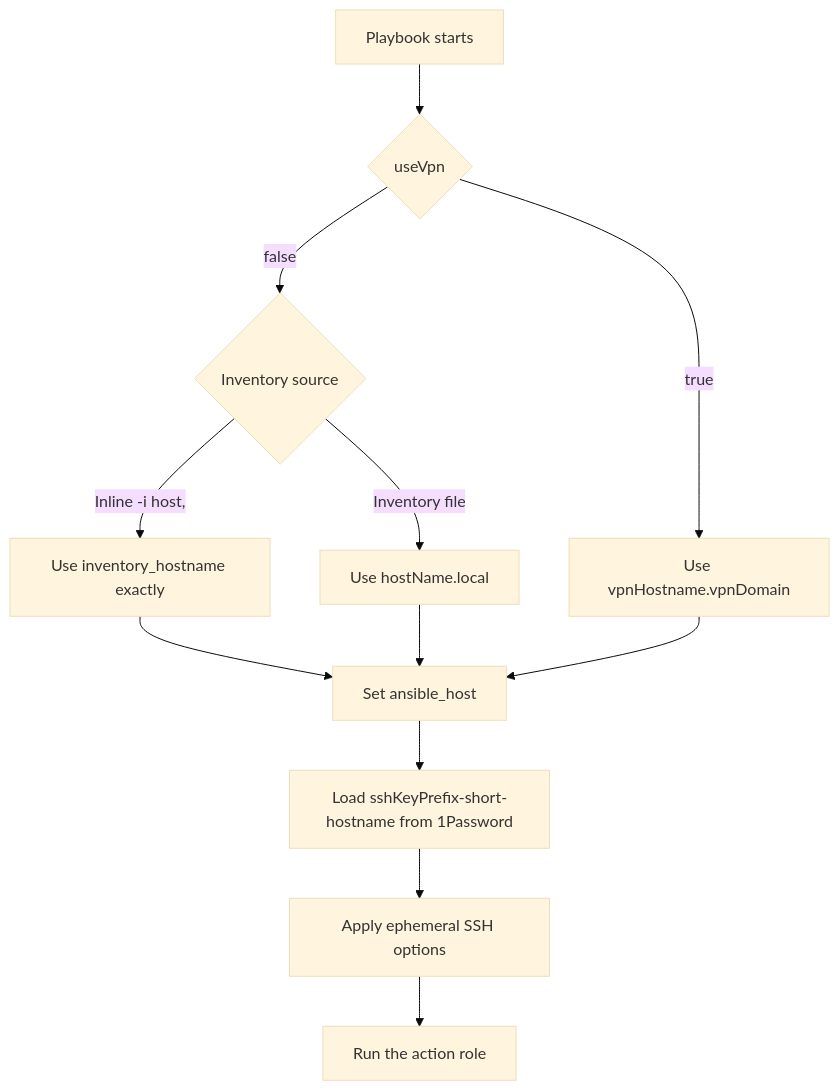
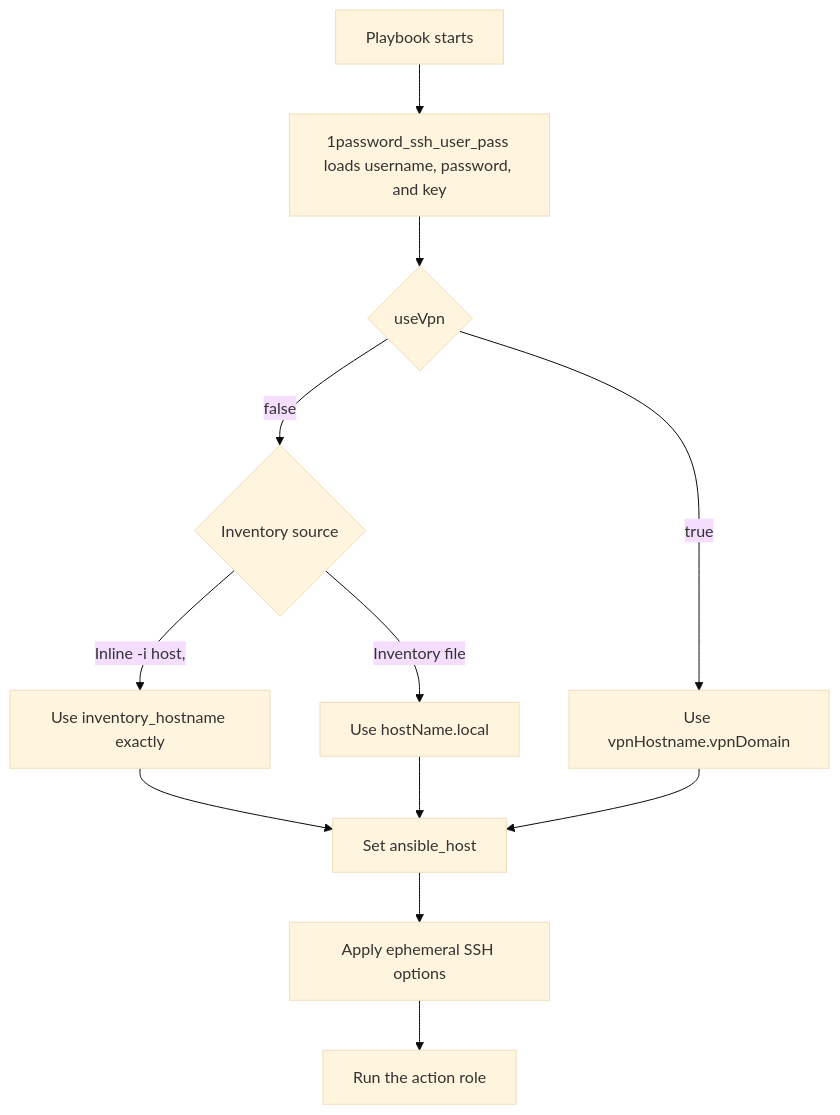
One commit to kopecn/my-galaxy-playbooks changed the diagram in docs/playbooks/ssh.md. Above: the diagram before and after it, drawn with Mermaid (base theme). The commit also changed other lines of this file and 43 other files, not shown here.

````diff
--- a/docs/playbooks/ssh.md
+++ b/docs/playbooks/ssh.md
@@ -6,14 +6,14 @@
 ```mermaid
 flowchart TD
-    Start[Playbook starts] --> Flag{useVpn}
+    Start[Playbook starts] --> Credentials[1password_ssh_user_pass loads username, password, and key]
+    Credentials --> Flag{useVpn}
     Flag -->|true| Tail[Use vpnHostname.vpnDomain]
     Flag -->|false| Source{Inventory source}
     Source -->|Inline -i host,| Exact[Use inventory_hostname exactly]
     Source -->|Inventory file| Local[Use hostName.local]
     Exact --> Route[Set ansible_host]
     Local --> Route
     Tail --> Route
-    Route --> Key[Load sshKeyPrefix-short-hostname from 1Password]
-    Key --> Ephemeral[Apply ephemeral SSH options]
+    Route --> Ephemeral[Apply ephemeral SSH options]
     Ephemeral --> Action[Run the action role]
 ```
````
